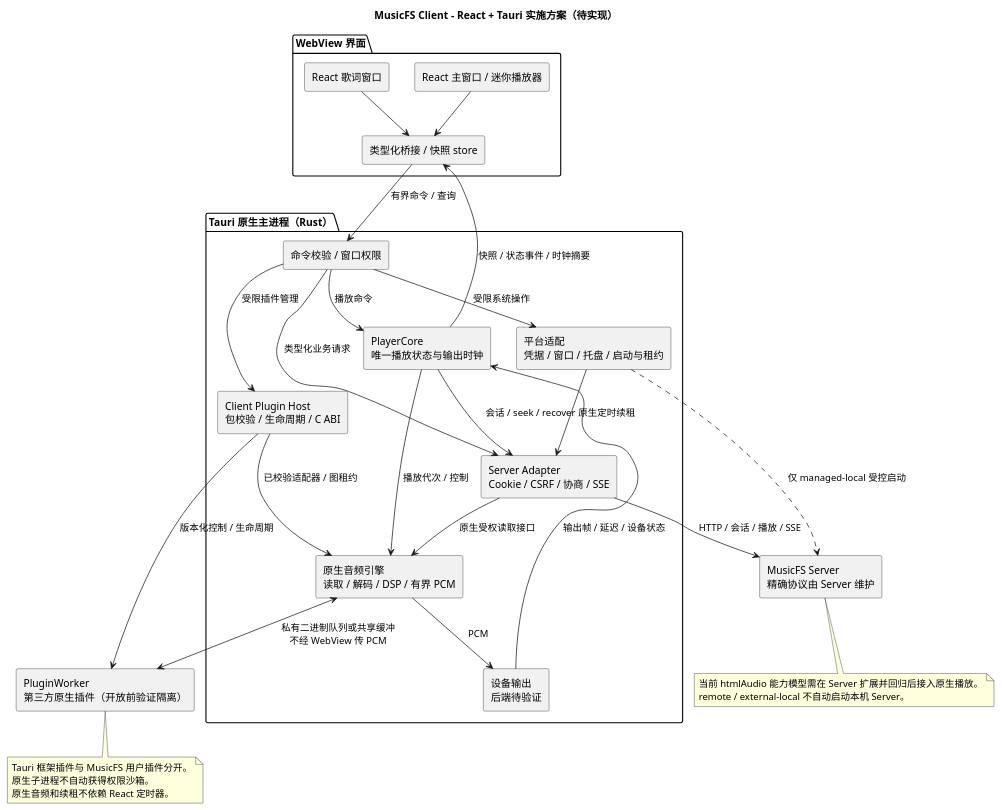
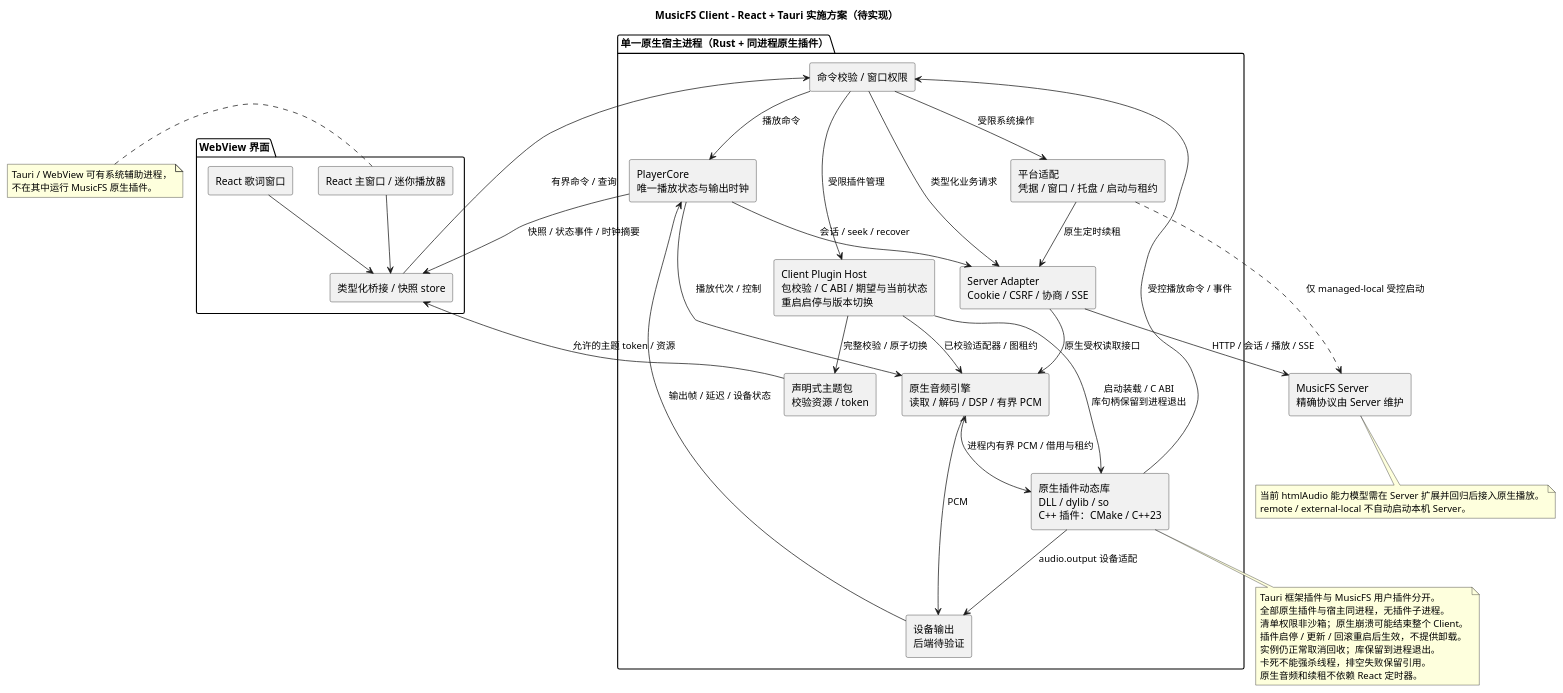
One commit to fnMrRice/MusicFS-client changed the diagram in docs/diagrams/desktop-components.puml. Above: the diagram before and after it, drawn with PlantUML. The commit also changed 9 other files, not shown here.

```diff
--- a/docs/diagrams/desktop-components.puml
+++ b/docs/diagrams/desktop-components.puml
@@ -1,55 +1,69 @@
 @startuml
 title MusicFS Client - React + Tauri 实施方案（待实现）
 skinparam componentStyle rectangle
 top to bottom direction
 
 package "WebView 界面" {
   component "React 主窗口 / 迷你播放器" as UI
   component "React 歌词窗口" as Lyrics
   component "类型化桥接 / 快照 store" as Bridge
   UI --> Bridge
   Lyrics --> Bridge
 }
 
-package "Tauri 原生主进程（Rust）" {
+package "单一原生宿主进程（Rust + 同进程原生插件）" {
   component "命令校验 / 窗口权限" as Commands
   component "PlayerCore\n唯一播放状态与输出时钟" as Core
   component "Server Adapter\nCookie / CSRF / 协商 / SSE" as Adapter
-  component "Client Plugin Host\n包校验 / 生命周期 / C ABI" as Host
+  component "Client Plugin Host\n包校验 / C ABI / 期望与当前状态\n重启启停与版本切换" as Host
   component "原生音频引擎\n读取 / 解码 / DSP / 有界 PCM" as Audio
   component "设备输出\n后端待验证" as Output
   component "平台适配\n凭据 / 窗口 / 托盘 / 启动与租约" as Platform
+  component "原生插件动态库\nDLL / dylib / so\nC++ 插件：CMake / C++23" as NativePlugin
+  component "声明式主题包\n校验资源 / token" as Theme
   Commands --> Core : 播放命令
   Commands --> Host : 受限插件管理
   Commands --> Adapter : 类型化业务请求
   Commands --> Platform : 受限系统操作
   Core --> Adapter : 会话 / seek / recover
   Core --> Audio : 播放代次 / 控制
   Host --> Audio : 已校验适配器 / 图租约
   Adapter --> Audio : 原生受权读取接口
   Audio --> Output : PCM
   Output --> Core : 输出帧 / 延迟 / 设备状态
+  Host --> NativePlugin : 启动装载 / C ABI\n库句柄保留到进程退出
+  NativePlugin --> Commands : 受控播放命令 / 事件
+  Audio <--> NativePlugin : 进程内有界 PCM / 借用与租约
+  NativePlugin --> Output : audio.output 设备适配
+  Host --> Theme : 完整校验 / 原子切换
 }
 
-component "PluginWorker\n第三方原生插件（开放前验证隔离）" as Worker
 component "MusicFS Server\n精确协议由 Server 维护" as Server
 
 Bridge --> Commands : 有界命令 / 查询
 Core --> Bridge : 快照 / 状态事件 / 时钟摘要
-Host --> Worker : 版本化控制 / 生命周期
-Audio <--> Worker : 私有二进制队列或共享缓冲\n不经 WebView 传 PCM
+Theme --> Bridge : 允许的主题 token / 资源
 Adapter --> Server : HTTP / 会话 / 播放 / SSE
 Platform --> Adapter : 原生定时续租
 Platform ..> Server : 仅 managed-local 受控启动
 
 note bottom of Server
   当前 htmlAudio 能力模型需在 Server 扩展并回归后接入原生播放。
   remote / external-local 不自动启动本机 Server。
 end note
 
-note bottom of Worker
+note bottom of NativePlugin
   Tauri 框架插件与 MusicFS 用户插件分开。
-  原生子进程不自动获得权限沙箱。
+  全部原生插件与宿主同进程，无插件子进程。
+  清单权限非沙箱；原生崩溃可能结束整个 Client。
+  插件启停 / 更新 / 回滚重启后生效，不提供卸载。
+  实例仍正常取消回收；库保留到进程退出。
+  卡死不能强杀线程，排空失败保留引用。
   原生音频和续租不依赖 React 定时器。
 end note
+
+note left of UI
+  Tauri / WebView 可有系统辅助进程，
+  不在其中运行 MusicFS 原生插件。
+end note
 @enduml
```
